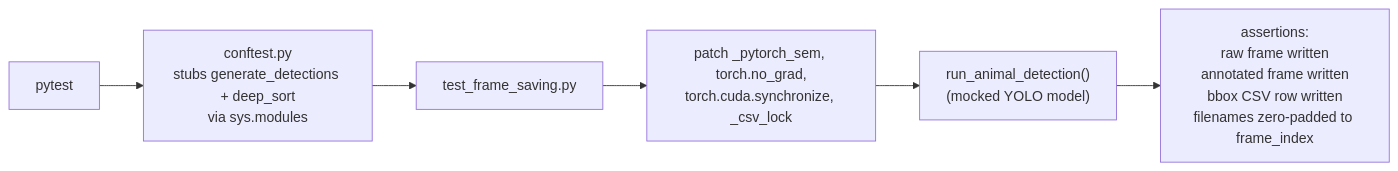
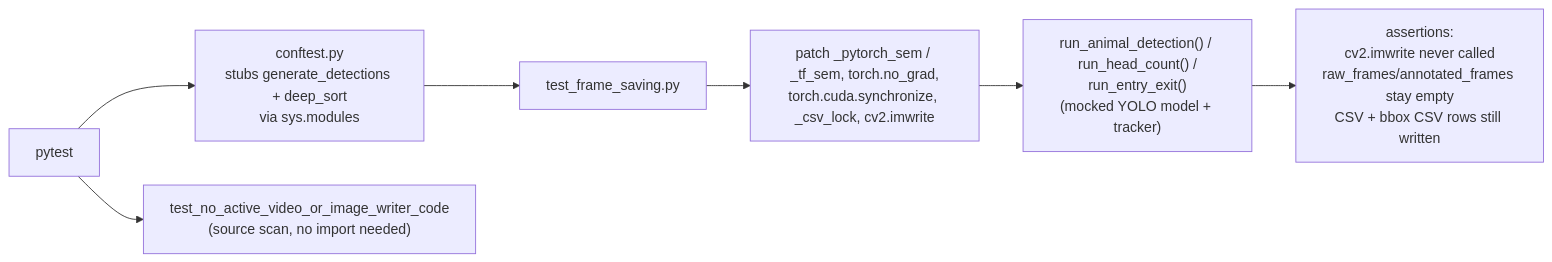
Before and after one commit to singhtejpreet2004/multi_pipeline_consumer: the diagram in tests/README.md, drawn with Mermaid. The commit also changed other lines of this file and 5 other files, not shown here.

First line of the commit message:
feat(consumer): disable video and image storage, CSV-only output

````diff
--- a/tests/README.md
+++ b/tests/README.md
@@ -20,8 +20,9 @@
 ```mermaid
 flowchart LR
     PYTEST["pytest"] --> STUBS["conftest.py\nstubs generate_detections + deep_sort\nvia sys.modules"]
     STUBS --> TESTFILE["test_frame_saving.py"]
-    TESTFILE --> MOCK["patch _pytorch_sem, torch.no_grad,\ntorch.cuda.synchronize, _csv_lock"]
-    MOCK --> RUN["run_animal_detection()\n(mocked YOLO model)"]
-    RUN --> ASSERT["assertions:\nraw frame written\nannotated frame written\nbbox CSV row written\nfilenames zero-padded to frame_index"]
+    TESTFILE --> MOCK["patch _pytorch_sem / _tf_sem, torch.no_grad,\ntorch.cuda.synchronize, _csv_lock, cv2.imwrite"]
+    MOCK --> RUN["run_animal_detection() / run_head_count() /\nrun_entry_exit()\n(mocked YOLO model + tracker)"]
+    RUN --> ASSERT["assertions:\ncv2.imwrite never called\nraw_frames/annotated_frames stay empty\nCSV + bbox CSV rows still written"]
+    PYTEST --> STATIC["test_no_active_video_or_image_writer_code\n(source scan, no import needed)"]
 ```
````
